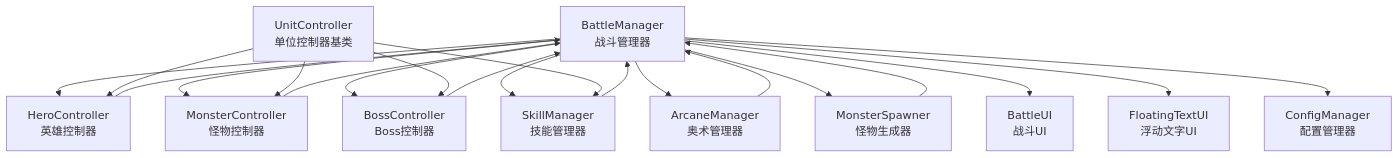
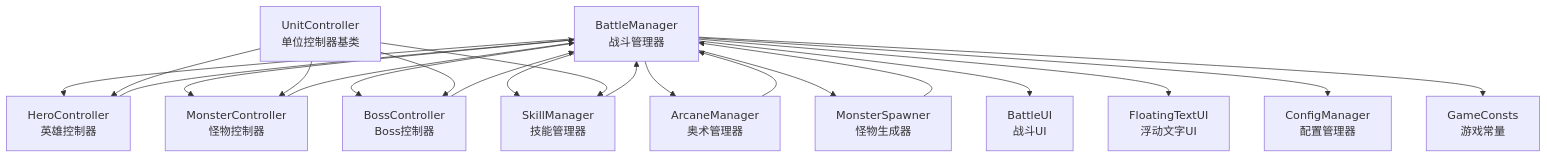
One commit to Tuusen/p1_client changed the first of 6 diagrams in .qoder/repowiki/zh/content/战斗系统/战斗管理器.md. Above: the diagram before and after it, drawn with Mermaid. The commit also changed other lines of this file and 3 other files, not shown here.

````diff
--- a/.qoder/repowiki/zh/content/战斗系统/战斗管理器.md
+++ b/.qoder/repowiki/zh/content/战斗系统/战斗管理器.md
@@ -60,22 +63,23 @@
 ```mermaid
 graph TB
 BM["BattleManager<br/>战斗管理器"] --> HC["HeroController<br/>英雄控制器"]
 BM --> MC["MonsterController<br/>怪物控制器"]
 BM --> BC["BossController<br/>Boss控制器"]
 BM --> SM["SkillManager<br/>技能管理器"]
 BM --> AM["ArcaneManager<br/>奥术管理器"]
 BM --> MS["MonsterSpawner<br/>怪物生成器"]
 BM --> UI["BattleUI<br/>战斗UI"]
 BM --> FT["FloatingTextUI<br/>浮动文字UI"]
 BM --> CM["ConfigManager<br/>配置管理器"]
+BM --> GC["GameConsts<br/>游戏常量"]
 SM --> BM
 AM --> BM
 MS --> BM
 HC --> BM
 MC --> BM
 BC --> BM
 UM["UnitController<br/>单位控制器基类"] --> HC
 UM --> MC
 UM --> BC
 UM --> SM
 ```
````
